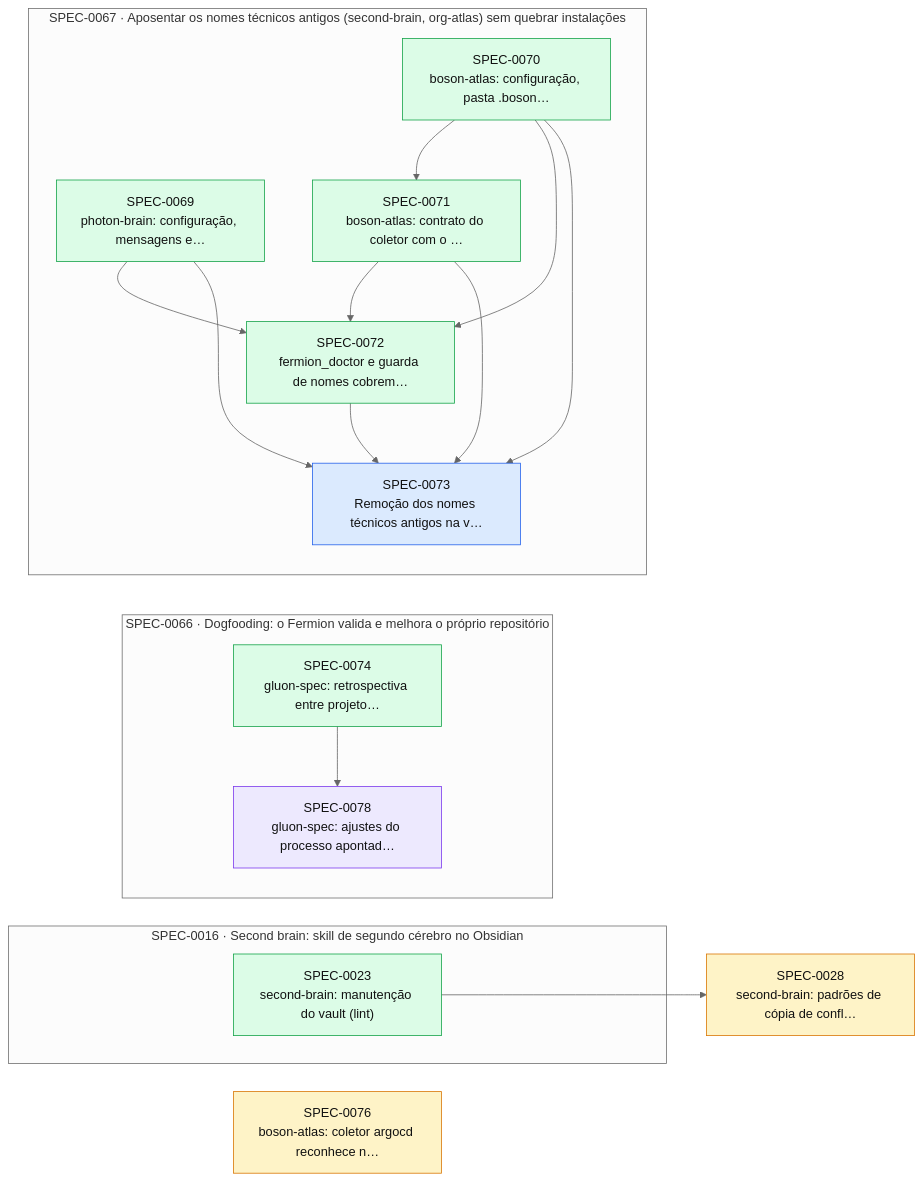
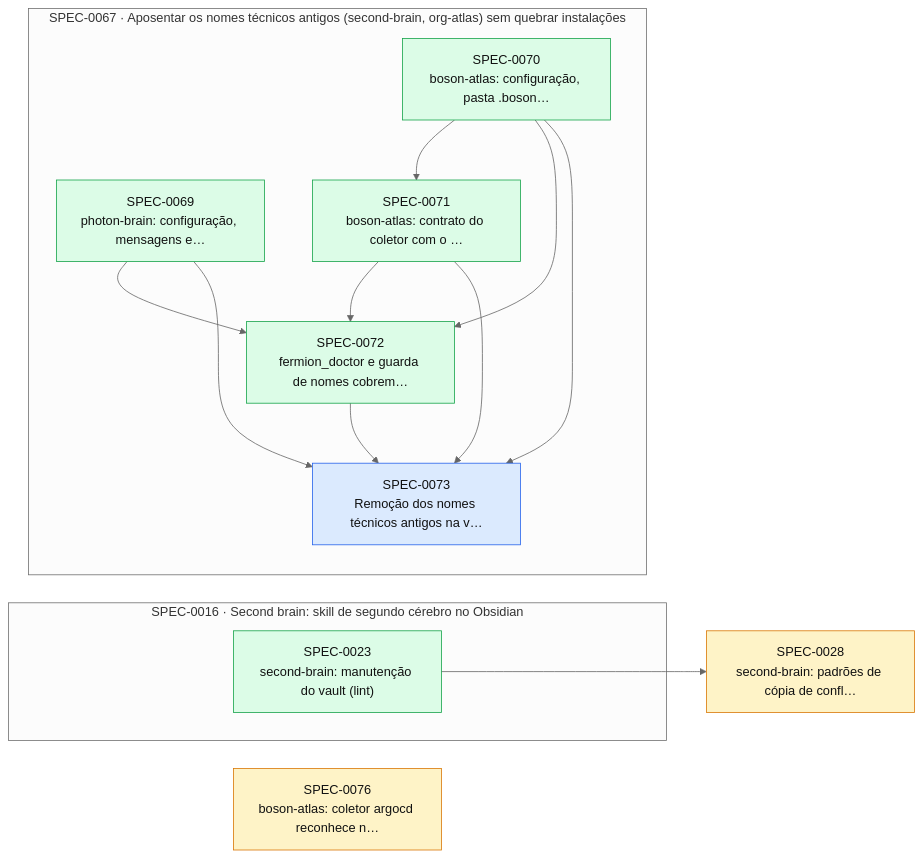
The diagram in docs/specs/INDEX.md (thomasravache/ai-dev-brain), drawn with Mermaid (neutral theme) before and after one commit. The commit also changed other lines of this file and 1 other file, not shown here.

First line of the commit message:
docs(specs): G7 e fechamento da SPEC-0078

````diff
--- a/docs/specs/INDEX.md
+++ b/docs/specs/INDEX.md
@@ -62,34 +61,29 @@
 ```mermaid
 flowchart LR
   S0028["SPEC-0028<br/>second-brain: padrões de cópia de confl…"]:::proposed
   S0076["SPEC-0076<br/>boson-atlas: coletor argocd reconhece n…"]:::proposed
   subgraph E0016["SPEC-0016 · Second brain: skill de segundo cérebro no Obsidian"]
     S0023["SPEC-0023<br/>second-brain: manutenção do vault (lint)"]:::implemented
-  end
-  subgraph E0066["SPEC-0066 · Dogfooding: o Fermion valida e melhora o próprio repositório"]
-    S0074["SPEC-0074<br/>gluon-spec: retrospectiva entre projeto…"]:::implemented
-    S0078["SPEC-0078<br/>gluon-spec: ajustes do processo apontad…"]:::inprogress
   end
   subgraph E0067["SPEC-0067 · Aposentar os nomes técnicos antigos (second-brain, org-atlas) sem quebrar instalações"]
     S0069["SPEC-0069<br/>photon-brain: configuração, mensagens e…"]:::implemented
     S0070["SPEC-0070<br/>boson-atlas: configuração, pasta .boson…"]:::implemented
     S0071["SPEC-0071<br/>boson-atlas: contrato do coletor com o …"]:::implemented
     S0072["SPEC-0072<br/>fermion_doctor e guarda de nomes cobrem…"]:::implemented
     S0073["SPEC-0073<br/>Remoção dos nomes técnicos antigos na v…"]:::approved
   end
   S0023 --> S0028
   S0070 --> S0071
   S0069 --> S0072
   S0070 --> S0072
   S0071 --> S0072
   S0069 --> S0073
   S0070 --> S0073
   S0071 --> S0073
   S0072 --> S0073
-  S0074 --> S0078
   classDef proposed fill:#fef3c7,stroke:#d97706,color:#111
   classDef approved fill:#dbeafe,stroke:#2563eb,color:#111
   classDef inprogress fill:#ede9fe,stroke:#7c3aed,color:#111
   classDef implemented fill:#dcfce7,stroke:#16a34a,color:#111
   classDef deprecated fill:#f3f4f6,stroke:#9ca3af,color:#6b7280
 ```
````
